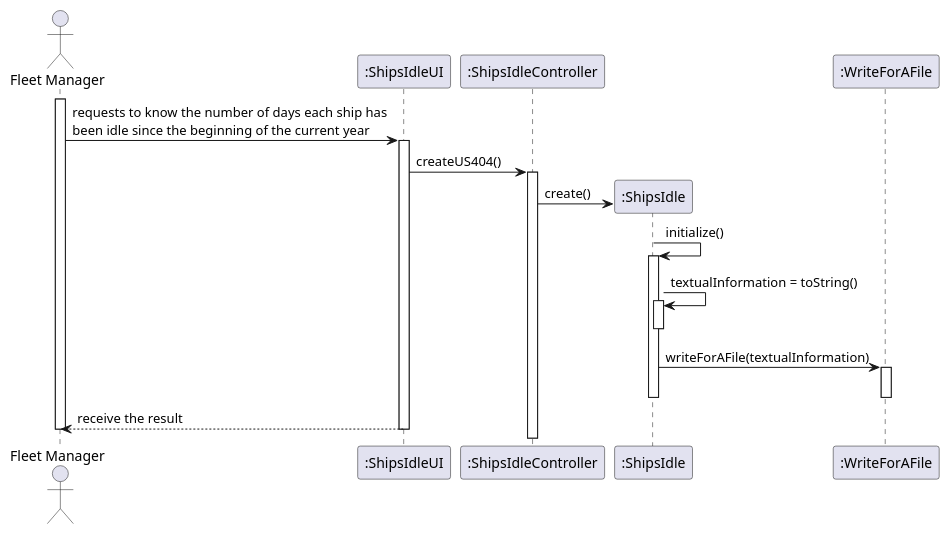
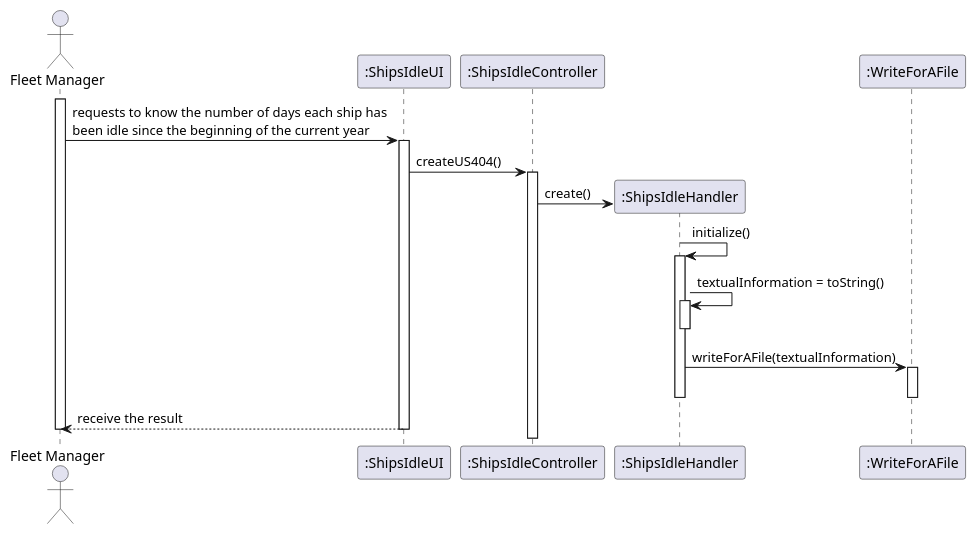
One commit to 0franciscor/lapr3-2021-g042 changed the diagram in docs/US404/US404_SD.puml. Above: the diagram before and after it, drawn with PlantUML. The commit also changed 21 other files, not shown here.

```diff
--- a/docs/US404/US404_SD.puml
+++ b/docs/US404/US404_SD.puml
@@ -1,29 +1,29 @@
 @startuml
 'https://plantuml.com/sequence-diagram
 
 actor "Fleet Manager" as FM
 participant ":ShipsIdleUI" as UI
 participant ":ShipsIdleController" as CT
-participant ":ShipsIdle" as US
+participant ":ShipsIdleHandler" as US
 participant ":WriteForAFile" as WF
 
 activate FM
 FM -> UI : requests to know the number of days each ship has\nbeen idle since the beginning of the current year
 activate UI
 UI->CT : createUS404()
 activate CT
 CT -> US** : create()
 US -> US : initialize()
 activate US
 US->US : textualInformation = toString()
 activate US
 deactivate US
 US -> WF : writeForAFile(textualInformation)
 activate WF
 deactivate WF
 deactivate US
 
 UI --> FM : receive the result
 deactivate UI
 deactivate FM
 @enduml
```
